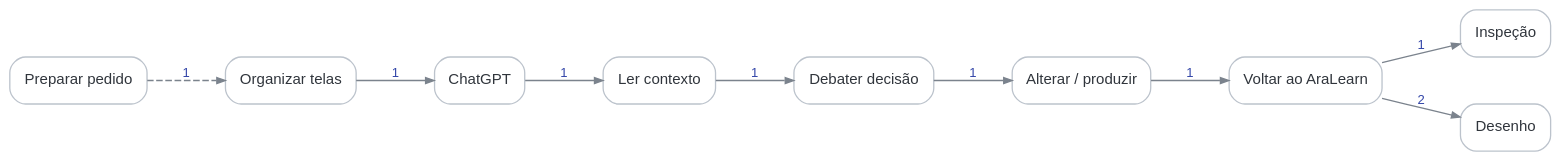
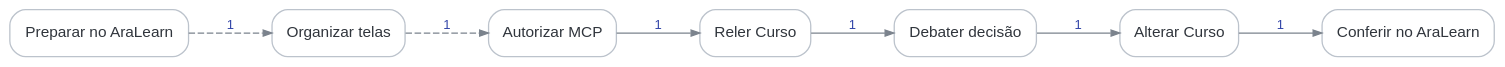
The diagram in ux-atlas/graphs/mcp.dot (fabio-ara/AraLearn), drawn with Graphviz before and after one commit. The commit also changed 29 other files, not shown here.

```diff
--- a/ux-atlas/graphs/mcp.dot
+++ b/ux-atlas/graphs/mcp.dot
@@ -1,24 +1,20 @@
 digraph G {
-  graph [bgcolor="transparent", rankdir=LR, pad="0.2", nodesep="0.5", ranksep="0.75", splines="spline"];
-  node [shape=box, style="rounded,filled", fillcolor="#ffffff", color="#bcc3cc", fontcolor="#30353c", fontname="Arial", fontsize=11.5, margin="0.14,0.085"];
-  edge [color="#7b838d", fontcolor="#3346a8", fontname="Arial", fontsize=10, arrowsize=0.65];
+  graph [bgcolor="transparent", rankdir=LR, pad="0.23", nodesep="0.5", ranksep="0.8", splines="spline"];
+  node [shape=box, style="rounded,filled", fillcolor="#ffffff", color="#bcc3cc", fontcolor="#30353c", fontname="Arial", fontsize=11.8, margin="0.15,0.09"];
+  edge [color="#7b838d", fontcolor="#3346a8", fontname="Arial", fontsize=10, arrowsize=0.67];
 
-  mcp_handoff [label="Preparar pedido"];
-  mcp_workspace [label="Organizar telas"];
-  mcp_chat [label="ChatGPT"];
-  mcp_read [label="Ler contexto"];
+  mcp_handoff [label="Preparar no AraLearn"];
+  mcp_layout [label="Organizar telas"];
+  mcp_authorize [label="Autorizar MCP"];
+  mcp_read [label="Reler Curso"];
   mcp_deliberate [label="Debater decisão"];
-  mcp_change [label="Alterar / produzir"];
-  mcp_return [label="Voltar ao AraLearn"];
-  inspection [label="Inspeção"];
-  design [label="Desenho"];
+  mcp_apply [label="Alterar Curso"];
+  mcp_return [label="Conferir no AraLearn"];
 
-  mcp_handoff -> mcp_workspace [label="1", style=dashed, class="external"];
-  mcp_workspace -> mcp_chat [label="1"];
-  mcp_chat -> mcp_read [label="1"];
+  mcp_handoff -> mcp_layout [label="1", style=dashed, class="external"];
+  mcp_layout -> mcp_authorize [label="1", style=dashed, class="external"];
+  mcp_authorize -> mcp_read [label="1"];
   mcp_read -> mcp_deliberate [label="1"];
-  mcp_deliberate -> mcp_change [label="1"];
-  mcp_change -> mcp_return [label="1"];
-  mcp_return -> inspection [label="1"];
-  mcp_return -> design [label="2"];
+  mcp_deliberate -> mcp_apply [label="1"];
+  mcp_apply -> mcp_return [label="1"];
 }
```
